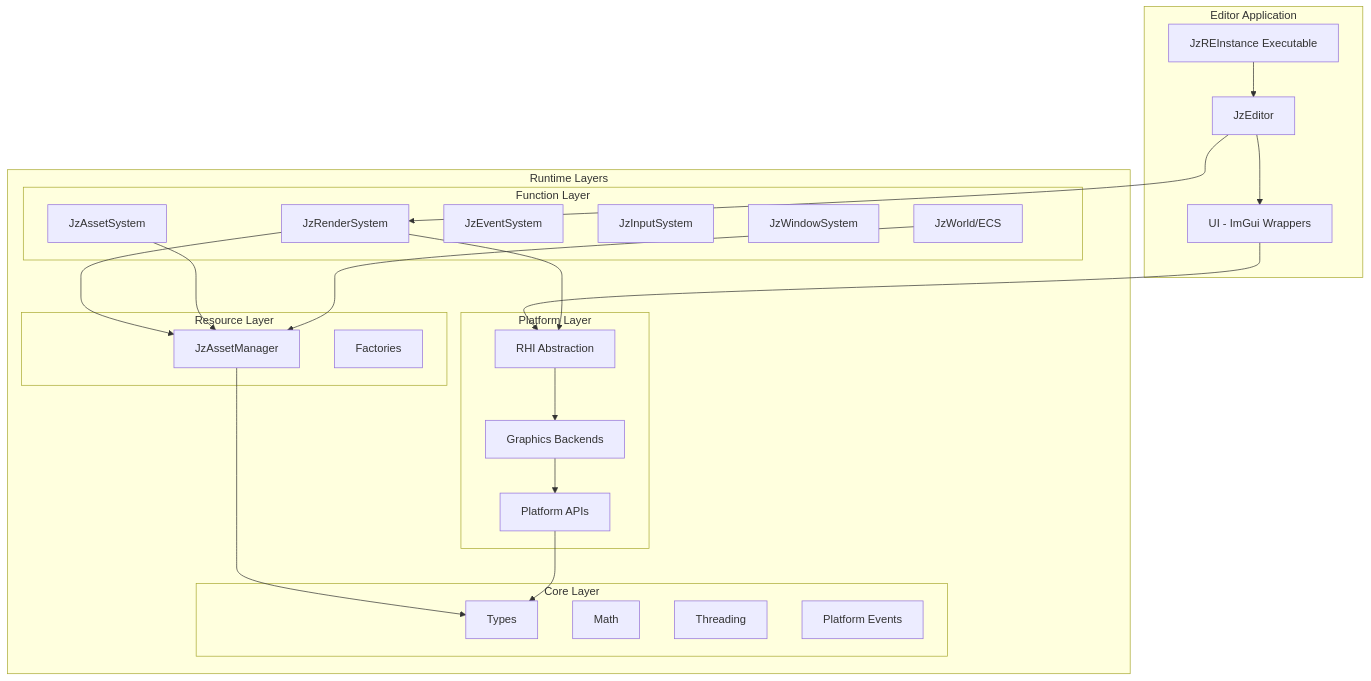
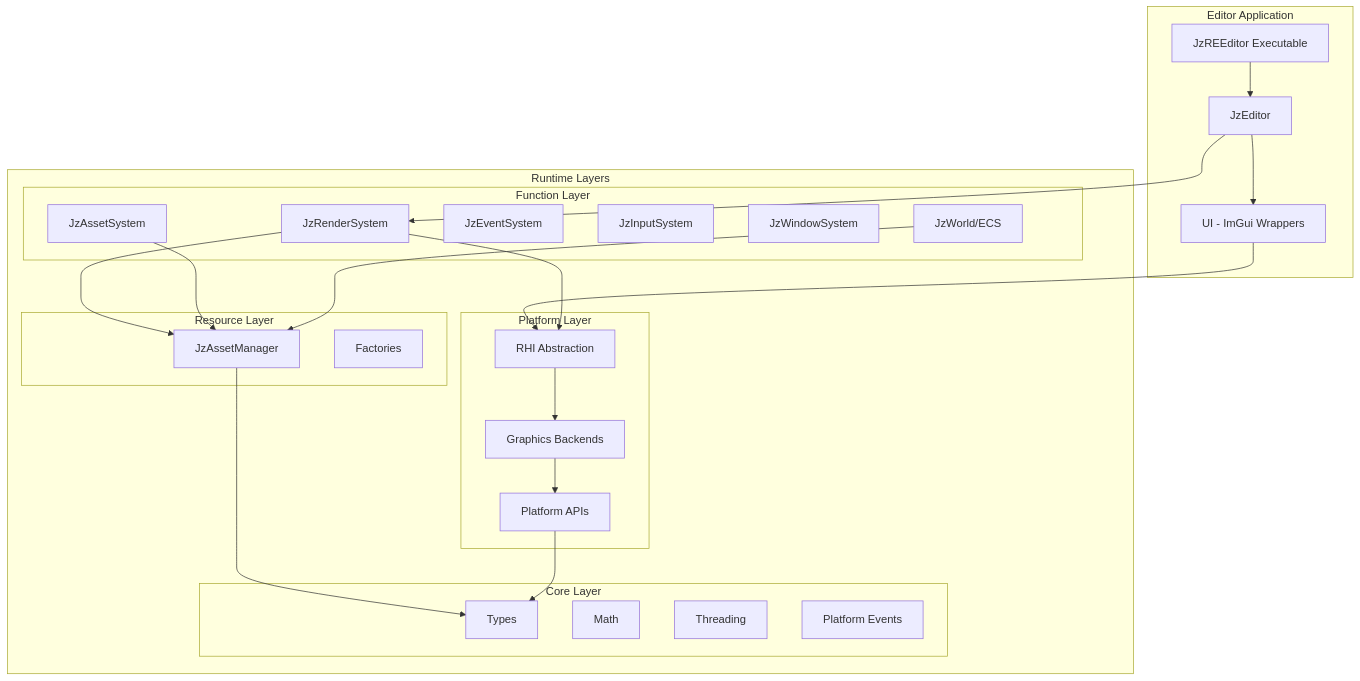
One commit to JinzhaoTian/JzRE changed the first of 2 diagrams in docs/architecture/layers.md. Above: the diagram before and after it, drawn with Mermaid. The commit also changed other lines of this file and 9 other files, not shown here.

First line of the commit message:
refactor(editor): Rename JzEditor to JzEditorUI and JzREInstance to JzREEditor

````diff
--- a/docs/architecture/layers.md
+++ b/docs/architecture/layers.md
@@ -11,52 +11,52 @@
 ```mermaid
 graph TB
     subgraph "Editor Application"
-        EditorApp[JzREInstance Executable]
+        EditorApp[JzREEditor Executable]
         EditorModule[JzEditor]
         UIModule[UI - ImGui Wrappers]
     end
 
     subgraph "Runtime Layers"
         subgraph "Function Layer"
             Render[JzRenderSystem]
             ECS[JzWorld/ECS]
             Event[JzEventSystem]
             Input[JzInputSystem]
             Window[JzWindowSystem]
             Asset[JzAssetSystem]
         end
 
         subgraph "Resource Layer"
             AssetMgr[JzAssetManager]
             Factories[Factories]
         end
 
         subgraph "Core Layer"
             Types[Types]
             Math[Math]
             Threading[Threading]
             Events[Platform Events]
         end
 
         subgraph "Platform Layer"
             RHI[RHI Abstraction]
             Graphics[Graphics Backends]
             Platform[Platform APIs]
         end
     end
 
     EditorApp --> EditorModule
     EditorModule --> UIModule
     EditorModule --> Render
     UIModule --> RHI
 
     Render --> AssetMgr
     Asset --> AssetMgr
     ECS --> AssetMgr
     Render --> RHI
 
     AssetMgr --> Types
     RHI --> Graphics
     Graphics --> Platform
     Platform --> Types
 ```
````
